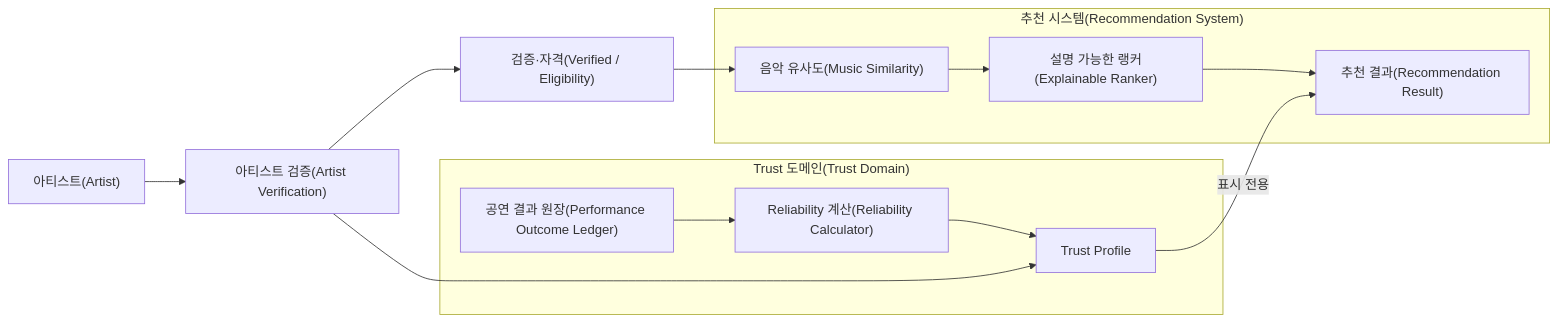
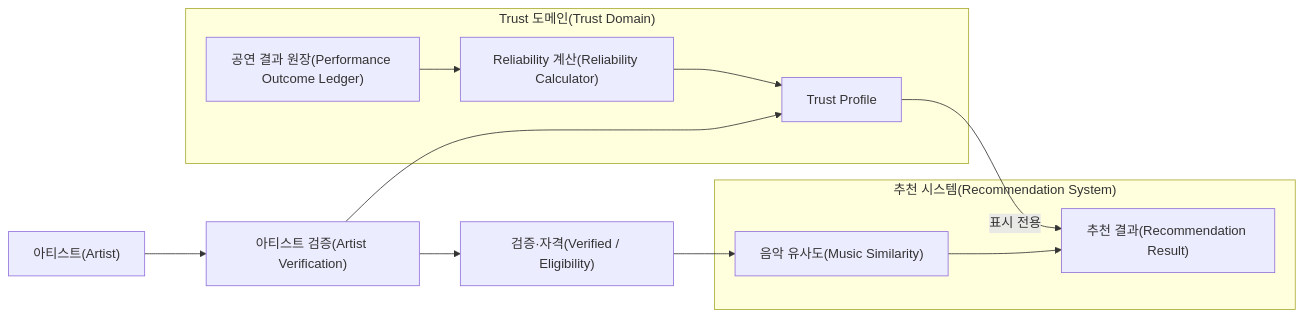
The first of 10 diagrams in docs/adr/artist_trust_architecture/01_artist_trust_architecture.md (nsuCapstoneTeam/NSU_CAPSTONE), drawn with Mermaid before and after one commit. The commit also changed other lines of this file and 10 other files, not shown here.

````diff
--- a/docs/adr/artist_trust_architecture/01_artist_trust_architecture.md
+++ b/docs/adr/artist_trust_architecture/01_artist_trust_architecture.md
@@ -113,35 +113,32 @@
 ```mermaid
 flowchart LR
 
     Artist["아티스트(Artist)"]
 
     Artist --> Verification["아티스트 검증(Artist Verification)"]
 
     Verification --> Eligibility["검증·자격(Verified / Eligibility)"]
 
     Eligibility --> Matching["음악 유사도(Music Similarity)"]
 
-    Matching --> Ranker["설명 가능한 랭커(Explainable Ranker)"]
-
-    Ranker --> Result["추천 결과(Recommendation Result)"]
+    Matching --> Result["추천 결과(Recommendation Result)"]
 
     Ledger["공연 결과 원장(Performance Outcome Ledger)"] --> Calculator["Reliability 계산(Reliability Calculator)"]
 
     Calculator --> Profile["Trust Profile"]
 
     Verification --> Profile
 
     Profile -->|표시 전용| Result
 
     subgraph TrustSystem["Trust 도메인(Trust Domain)"]
         Ledger
         Calculator
         Profile
     end
 
     subgraph RecommendationSystem["추천 시스템(Recommendation System)"]
         Matching
-        Ranker
         Result
     end
 ```
````
